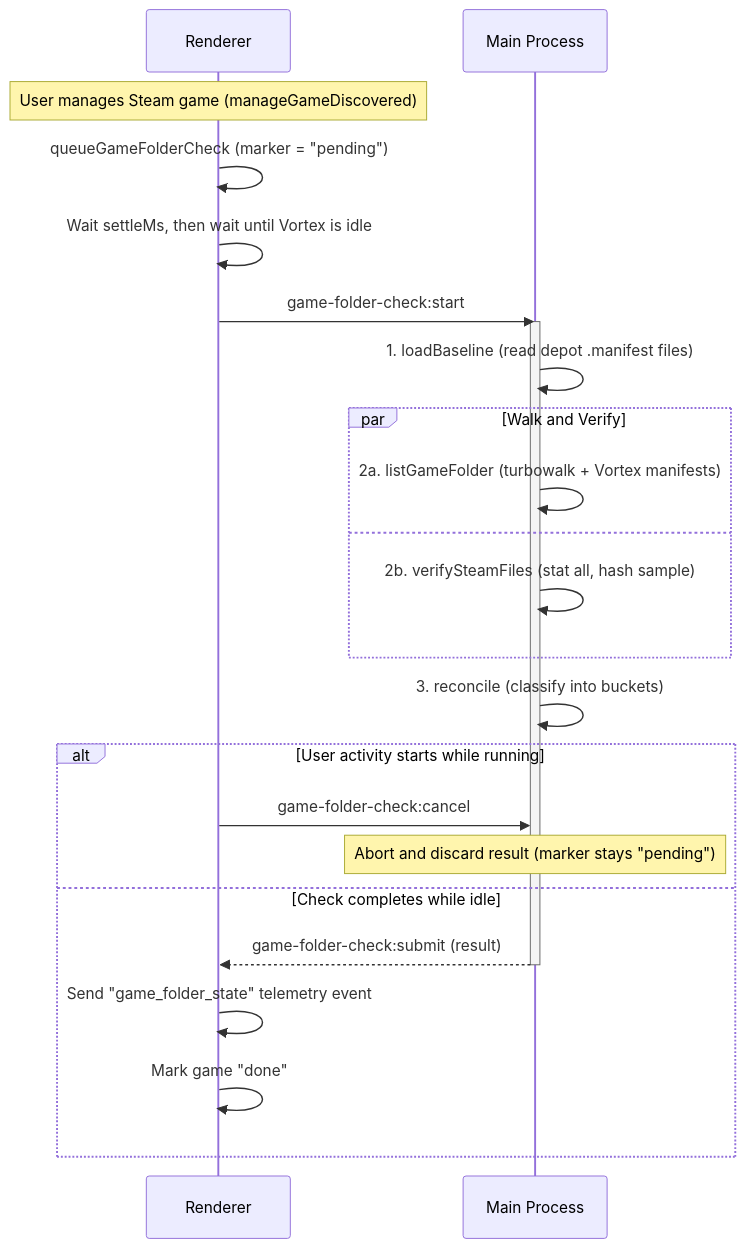
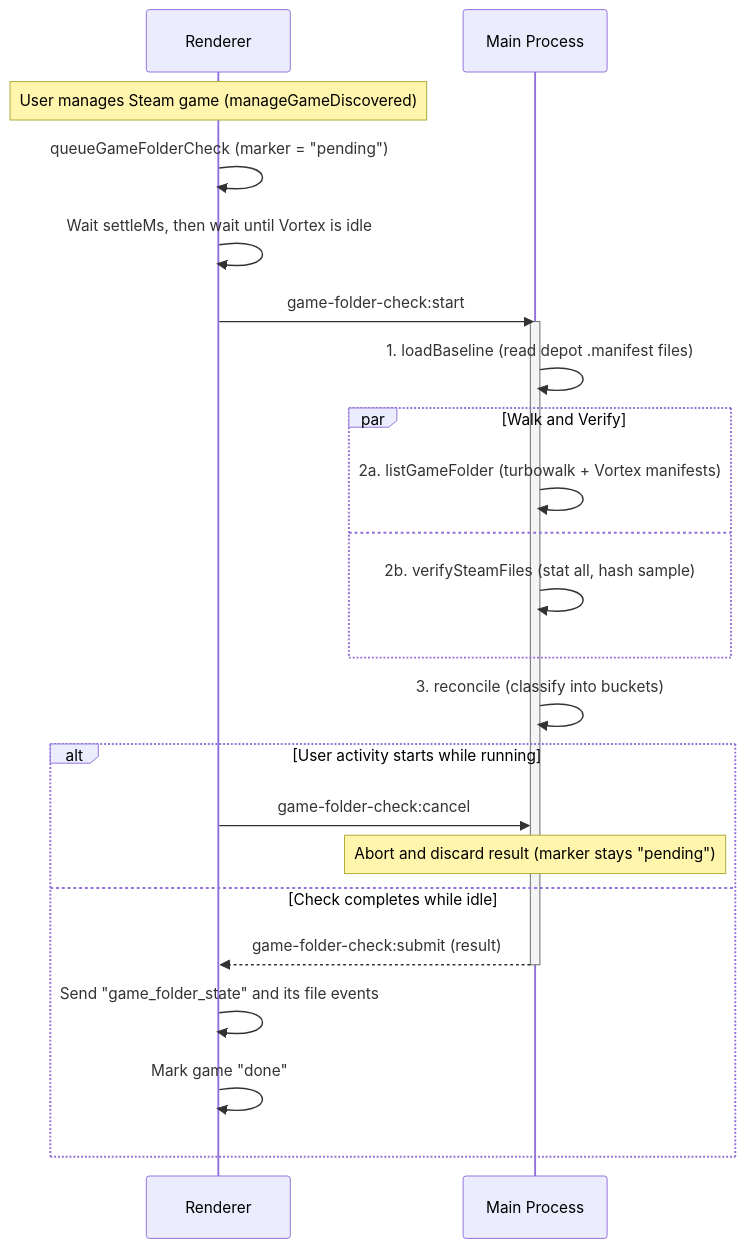
Before and after one commit to Nexus-Mods/Vortex: the first of 2 diagrams in docs/game-folder-check.md, drawn with Mermaid. The commit also changed other lines of this file and 10 other files, not shown here.

Commit message:
We have now multiple events for files, bypassing the event payload limit.

````diff
--- a/docs/game-folder-check.md
+++ b/docs/game-folder-check.md
@@ -15,29 +16,29 @@
 ```mermaid
 sequenceDiagram
     participant R as Renderer
     participant M as Main Process
 
     Note over R: User manages Steam game (manageGameDiscovered)
     R->>R: queueGameFolderCheck (marker = "pending")
     R->>R: Wait settleMs, then wait until Vortex is idle
 
     R->>M: game-folder-check:start
     activate M
     M->>M: 1. loadBaseline (read depot .manifest files)
     par Walk and Verify
         M->>M: 2a. listGameFolder (turbowalk + Vortex manifests)
     and
         M->>M: 2b. verifySteamFiles (stat all, hash sample)
     end
     M->>M: 3. reconcile (classify into buckets)
 
     alt User activity starts while running
         R->>M: game-folder-check:cancel
         Note over M: Abort and discard result (marker stays "pending")
     else Check completes while idle
         M-->>R: game-folder-check:submit (result)
         deactivate M
-        R->>R: Send "game_folder_state" telemetry event
+        R->>R: Send "game_folder_state" and its file events
         R->>R: Mark game "done"
     end
 ```
````
